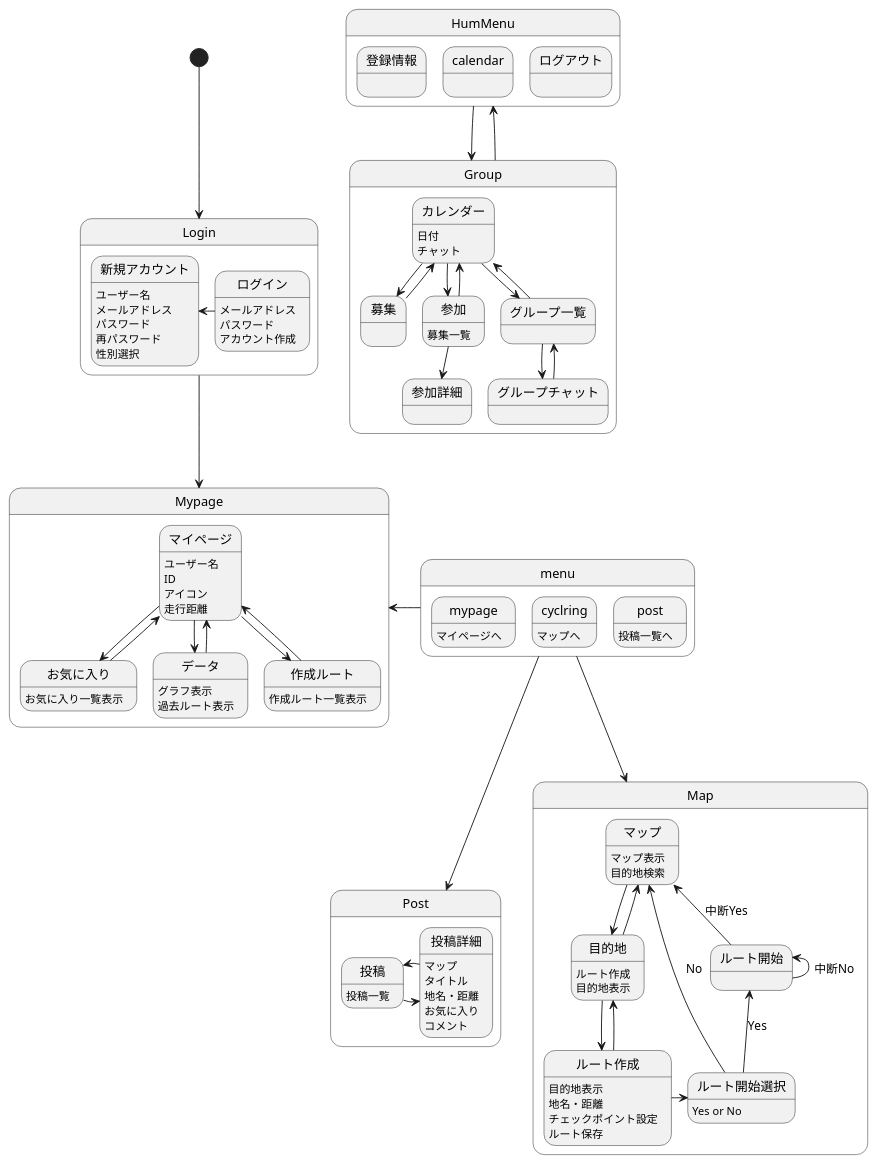
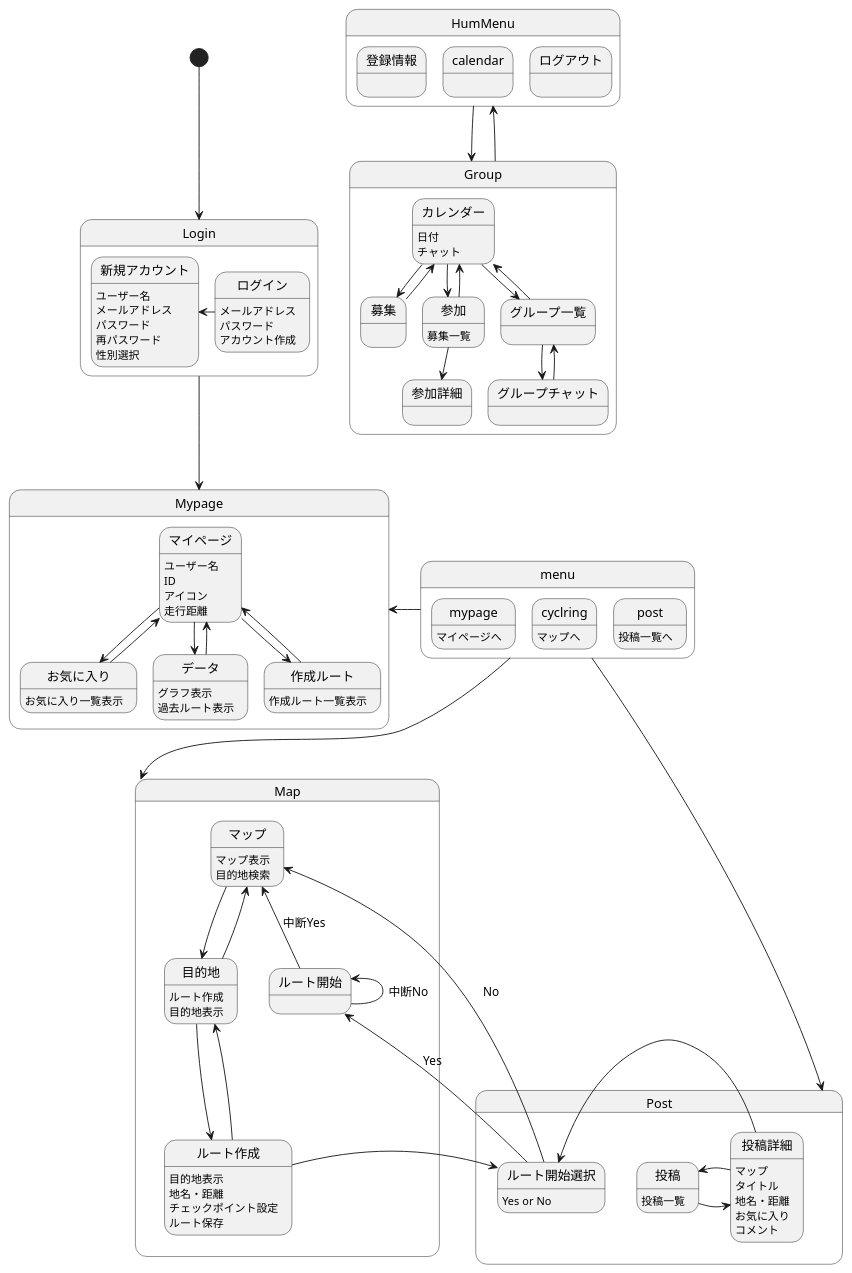
The diagram in 画面遷移図/gm.md (AsoSD3A3/CyclingSystem), drawn with PlantUML before and after one commit.

```diff
--- a/画面遷移図/gm.md
+++ b/画面遷移図/gm.md
@@ -81,6 +81,7 @@
 投稿詳細:地名・距離
 投稿詳細:お気に入り
 投稿詳細:コメント
+投稿詳細-left->ルート開始選択
 }
 
 state Map{
@@ -97,7 +98,7 @@
 ルート作成:地名・距離
 ルート作成:チェックポイント設定
 ルート作成:ルート保存
-ルート作成-right->ルート開始選択
+ルート作成-left->ルート開始選択
 ルート開始選択:Yes or No
 ルート開始選択-up->ルート開始 :Yes
 ルート開始選択-up->マップ :No
```
